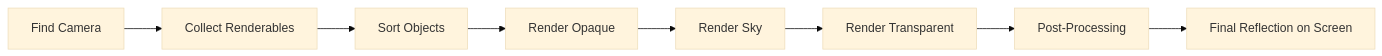
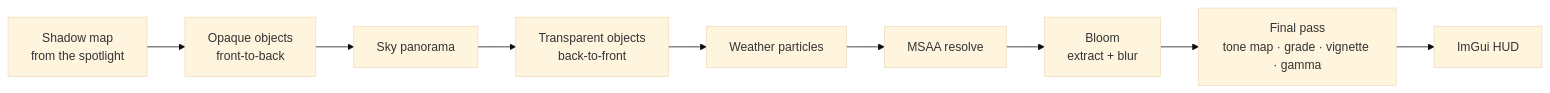
Before and after one commit to Beshoy-Sorial/Graphics-Project: the third of 3 diagrams in README.md, drawn with Mermaid (base theme). The commit also changed other lines of this file and 6 other files, not shown here.

````diff
--- a/README.md
+++ b/README.md
@@ -100,10 +122,5 @@
 ```mermaid
-graph LR
-    A[Find Camera] --> B[Collect Renderables]
-    B --> C[Sort Objects]
-    C --> D[Render Opaque]
-    D --> E[Render Sky]
-    E --> F[Render Transparent]
-    F --> G[Post-Processing]
-    G --> H[Final Reflection on Screen]
+flowchart LR
+    S[Shadow map<br/>from the spotlight] --> O[Opaque objects<br/>front-to-back] --> K[Sky panorama] --> T[Transparent objects<br/>back-to-front] --> W[Weather particles]
+    W --> R[MSAA resolve] --> B[Bloom<br/>extract + blur] --> P[Final pass<br/>tone map · grade · vignette · gamma] --> U[ImGui HUD]
 ```
````
